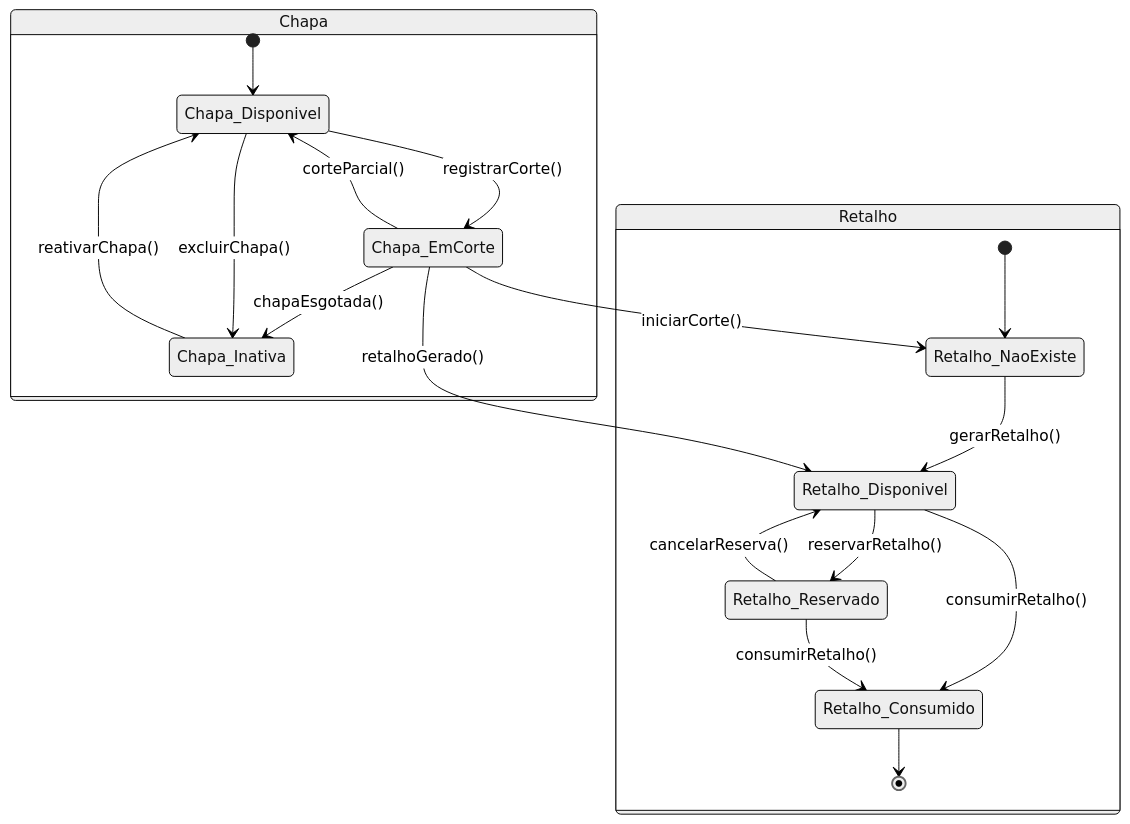
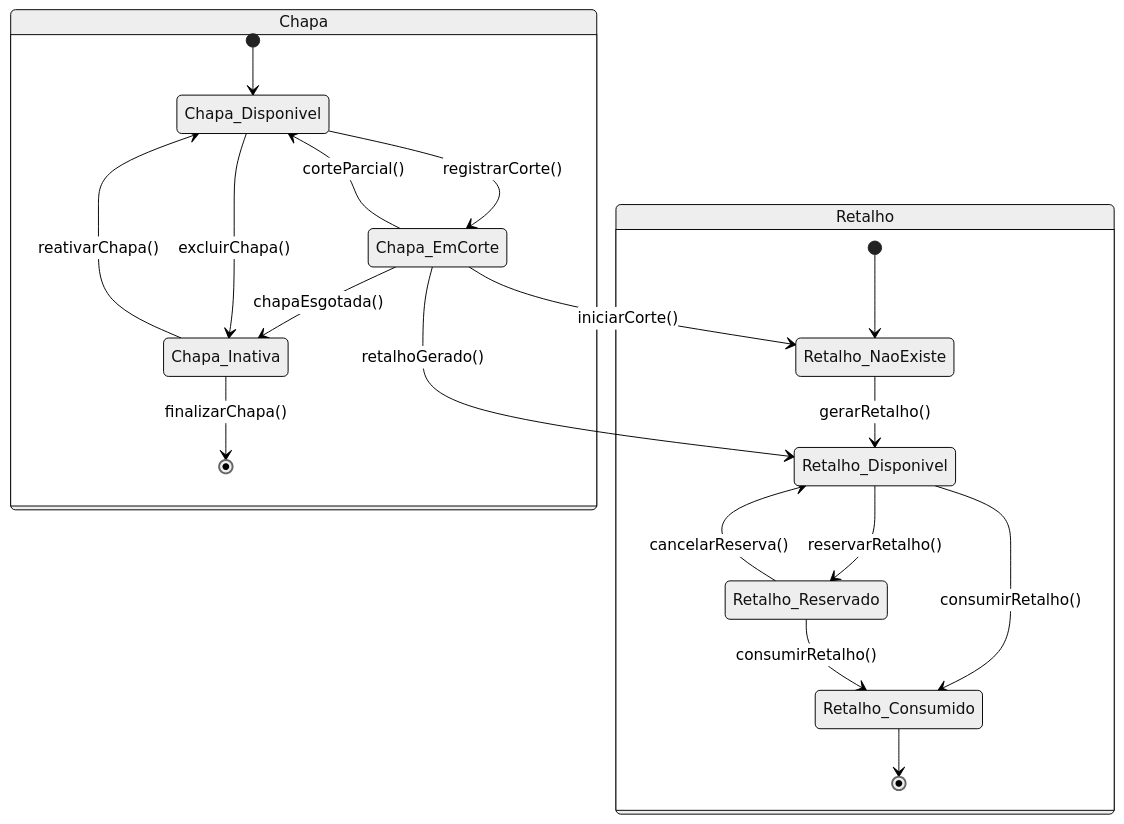
Before and after one commit to WlFerrari/TetusManager: the third of 3 diagrams in DIAGRAMA_ESTADOS_MERMAID.md, drawn with Mermaid (neutral theme). The commit also changed other lines of this file and 3 other files, not shown here.

````diff
--- a/DIAGRAMA_ESTADOS_MERMAID.md
+++ b/DIAGRAMA_ESTADOS_MERMAID.md
@@ -40,24 +41,25 @@
 ```mermaid
 stateDiagram-v2
     state Chapa {
         [*] --> Chapa_Disponivel
         Chapa_Disponivel --> Chapa_EmCorte: registrarCorte()
         Chapa_EmCorte --> Chapa_Disponivel: corteParcial()
         Chapa_EmCorte --> Chapa_Inativa: chapaEsgotada()
         Chapa_Disponivel --> Chapa_Inativa: excluirChapa()
         Chapa_Inativa --> Chapa_Disponivel: reativarChapa()
+        Chapa_Inativa --> [*]: finalizarChapa()
     }
 
     state Retalho {
         [*] --> Retalho_NaoExiste
         Retalho_NaoExiste --> Retalho_Disponivel: gerarRetalho()
         Retalho_Disponivel --> Retalho_Reservado: reservarRetalho()
         Retalho_Reservado --> Retalho_Disponivel: cancelarReserva()
         Retalho_Disponivel --> Retalho_Consumido: consumirRetalho()
         Retalho_Reservado --> Retalho_Consumido: consumirRetalho()
         Retalho_Consumido --> [*]
     }
 
     Chapa_EmCorte --> Retalho_NaoExiste: iniciarCorte()
     Chapa_EmCorte --> Retalho_Disponivel: retalhoGerado()
 ```
````
